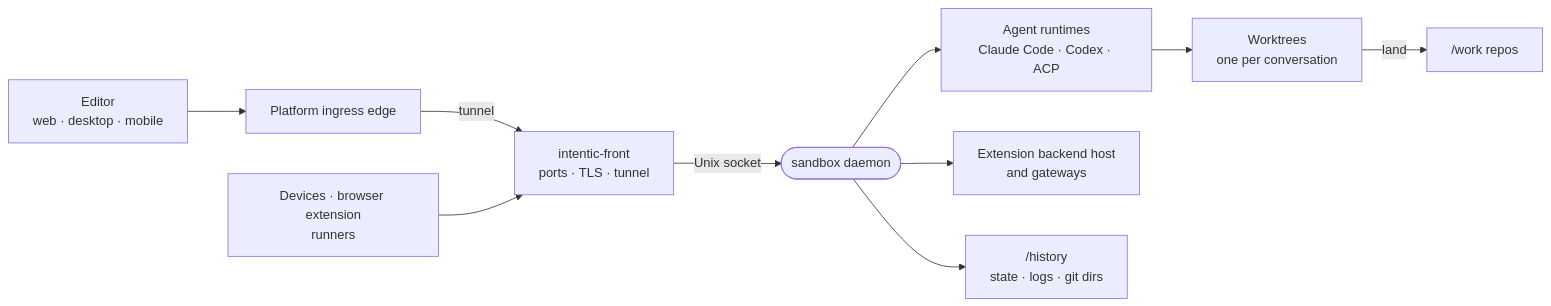
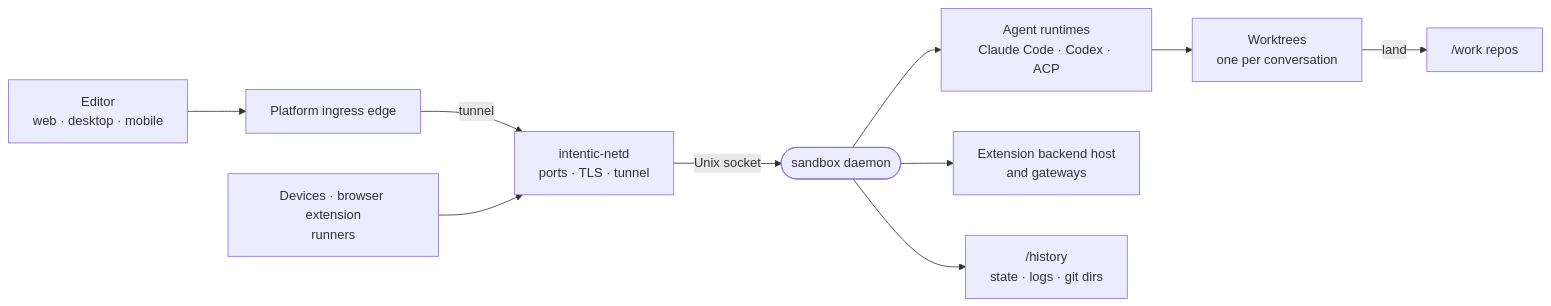
One commit to intentic/intentic changed the diagram in _sandbox/sandbox/README.md. Above: the diagram before and after it, drawn with Mermaid. The commit also changed other lines of this file and 248 other files, not shown here.

First line of the commit message:
feat(sandbox)!: replace front with netd and drop front-wire

````diff
--- a/_sandbox/sandbox/README.md
+++ b/_sandbox/sandbox/README.md
@@ -5,12 +5,12 @@
 ```mermaid
 flowchart LR
     editor["Editor<br/>web · desktop · mobile"] --> edge["Platform ingress edge"]
-    edge -->|"tunnel"| front["intentic-front<br/>ports · TLS · tunnel"]
-    peers["Devices · browser extension<br/>runners"] --> front
-    front -->|"Unix socket"| daemon(["sandbox daemon"])
+    edge -->|"tunnel"| netd["intentic-netd<br/>ports · TLS · tunnel"]
+    peers["Devices · browser extension<br/>runners"] --> netd
+    netd -->|"Unix socket"| daemon(["sandbox daemon"])
     daemon --> runtimes["Agent runtimes<br/>Claude Code · Codex · ACP"]
     runtimes --> worktrees["Worktrees<br/>one per conversation"]
     worktrees -->|"land"| work["/work repos"]
     daemon --> ext["Extension backend host<br/>and gateways"]
     daemon --> history["/history<br/>state · logs · git dirs"]
 ```
````
